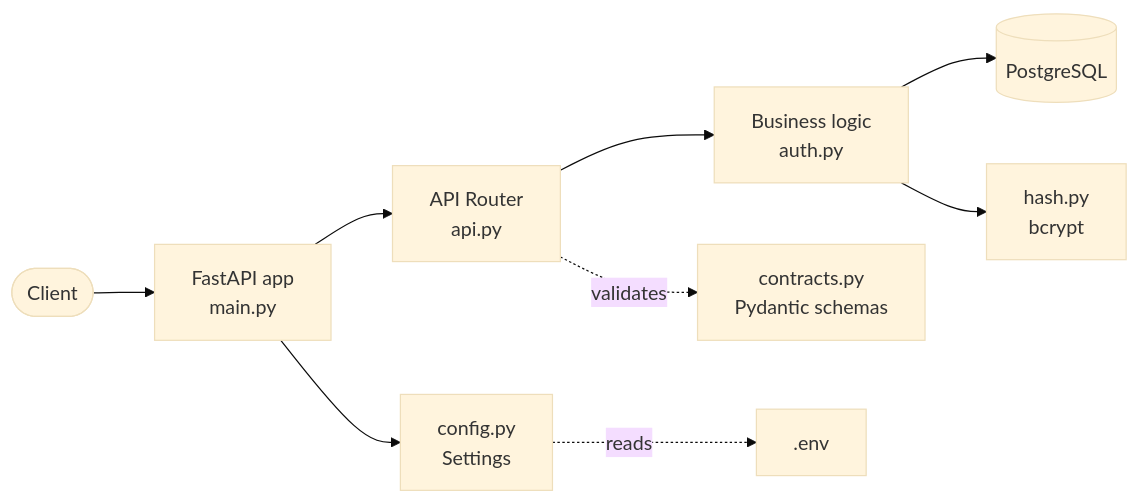
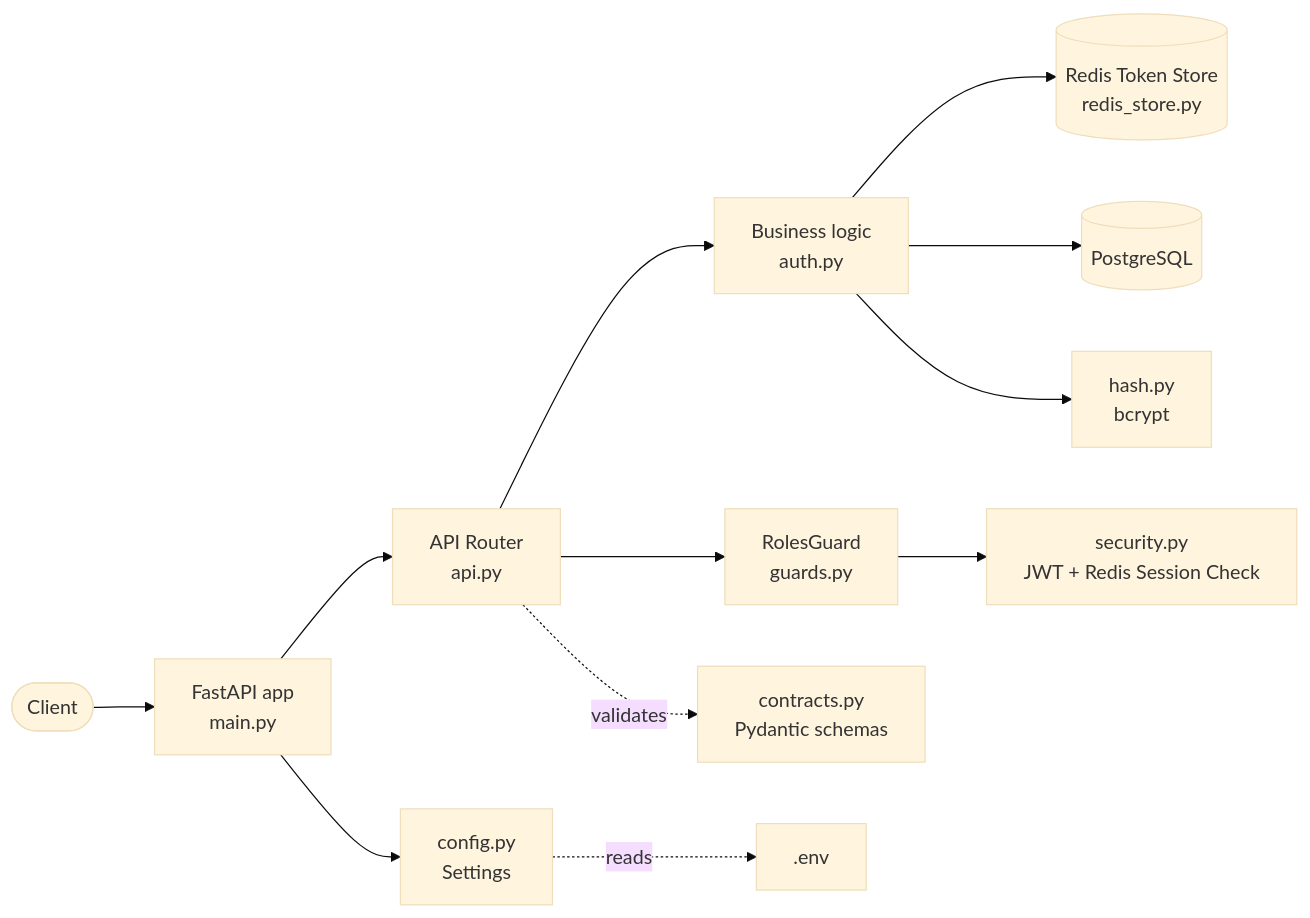
One commit to Steve-s-Circle-on-System-Design/py-fastapi-rbac-auth-system changed the first of 6 diagrams in README.md. Above: the diagram before and after it, drawn with Mermaid (base theme). The commit also changed other lines of this file and 12 other files, not shown here.

Commit message:
session invalidation with redis

````diff
--- a/README.md
+++ b/README.md
@@ -46,11 +47,14 @@
 ```mermaid
 flowchart LR
     Client([Client]) --> FastAPI[FastAPI app<br/>main.py]
     FastAPI --> Router[API Router<br/>api.py]
     Router --> AuthLogic[Business logic<br/>auth.py]
+    Router --> Guards[RolesGuard<br/>guards.py]
+    AuthLogic --> Redis[(Redis Token Store<br/>redis_store.py)]
     AuthLogic --> DB[(PostgreSQL)]
     AuthLogic --> Hash[hash.py<br/>bcrypt]
+    Guards --> Security[security.py<br/>JWT + Redis Session Check]
     Router -.validates.-> Contracts[contracts.py<br/>Pydantic schemas]
     FastAPI --> Config[config.py<br/>Settings]
     Config -.reads.-> EnvFile[.env]
 ```
````
